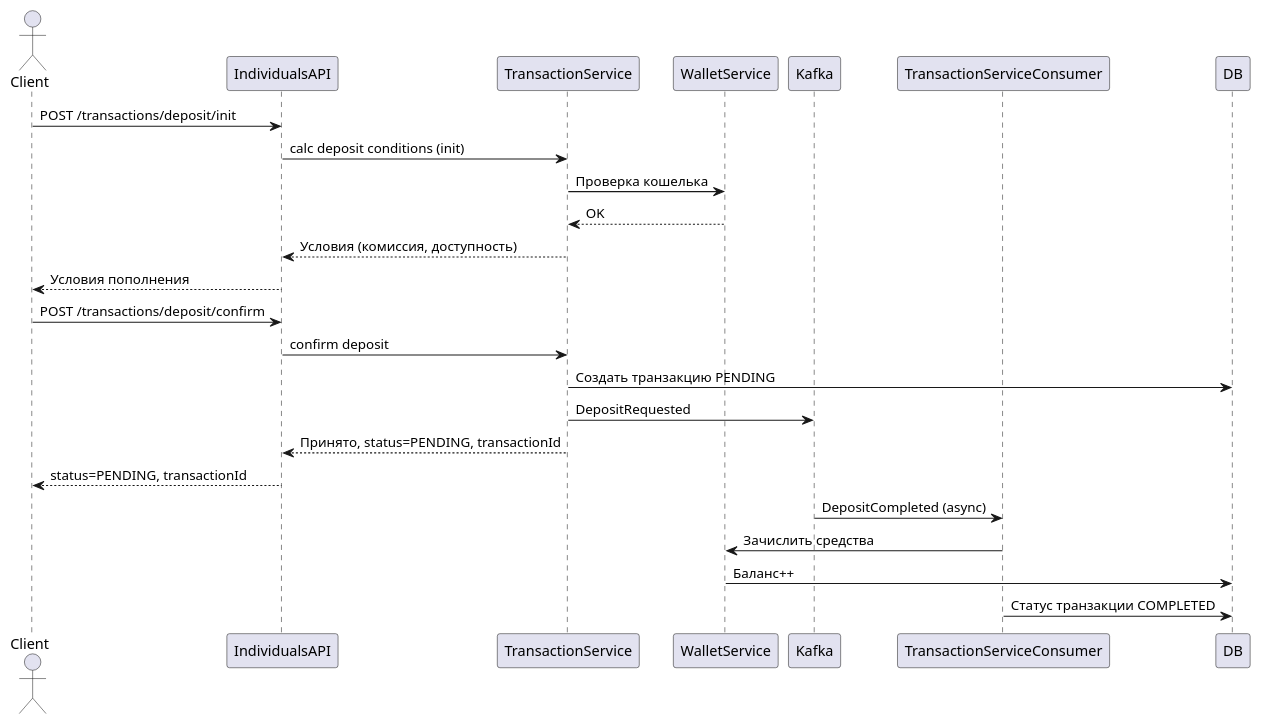
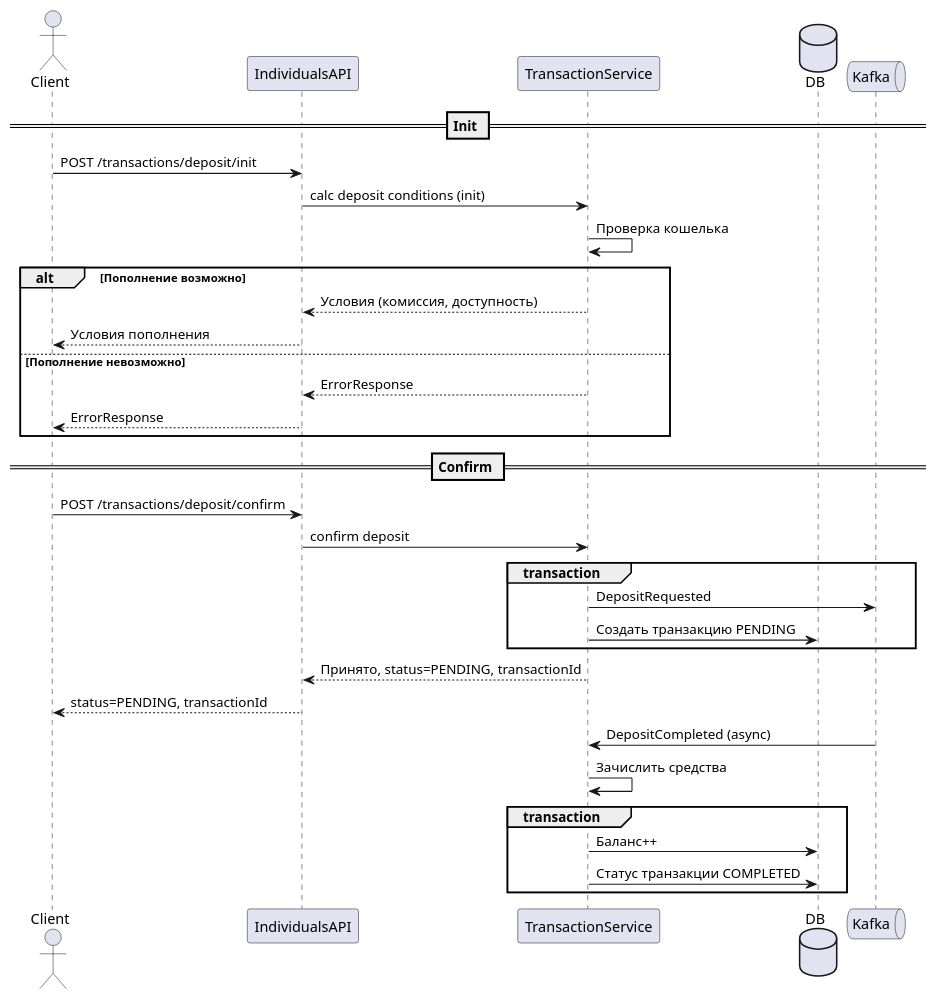
Before and after one commit to diamam90/payment-system: the diagram in diagram/deposit.puml, drawn with PlantUML. The commit also changed 5 other files, not shown here.

```diff
--- a/diagram/deposit.puml
+++ b/diagram/deposit.puml
@@ -1,27 +1,38 @@
 @startuml
 actor Client
 participant IndividualsAPI
 participant TransactionService
-participant WalletService
-participant Kafka
-participant TransactionServiceConsumer
+database DB
+queue Kafka
+
+== Init ==
 
 Client -> IndividualsAPI: POST /transactions/deposit/init
 IndividualsAPI -> TransactionService: calc deposit conditions (init)
-TransactionService -> WalletService: Проверка кошелька
-WalletService --> TransactionService: OK
-TransactionService --> IndividualsAPI: Условия (комиссия, доступность)
-IndividualsAPI --> Client: Условия пополнения
+TransactionService -> TransactionService: Проверка кошелька
+
+alt Пополнение возможно
+    TransactionService --> IndividualsAPI: Условия (комиссия, доступность)
+    IndividualsAPI --> Client: Условия пополнения
+else Пополнение невозможно
+    TransactionService --> IndividualsAPI: ErrorResponse
+    IndividualsAPI --> Client: ErrorResponse
+end
+
+== Confirm ==
 
 Client -> IndividualsAPI: POST /transactions/deposit/confirm
 IndividualsAPI -> TransactionService: confirm deposit
-TransactionService -> DB: Создать транзакцию PENDING
-TransactionService -> Kafka: DepositRequested
-TransactionService --> IndividualsAPI: Принято, status=PENDING, transactionId
+group transaction
+    TransactionService -> Kafka: DepositRequested
+    TransactionService -> DB: Создать транзакцию PENDING
+end
+  TransactionService --> IndividualsAPI: Принято, status=PENDING, transactionId
 IndividualsAPI --> Client: status=PENDING, transactionId
-
-Kafka -> TransactionServiceConsumer: DepositCompleted (async)
-TransactionServiceConsumer -> WalletService: Зачислить средства
-WalletService -> DB: Баланс++
-TransactionServiceConsumer -> DB: Статус транзакции COMPLETED
+Kafka -> TransactionService: DepositCompleted (async)
+TransactionService -> TransactionService: Зачислить средства
+group transaction
+    TransactionService -> DB: Баланс++
+    TransactionService -> DB: Статус транзакции COMPLETED
+end
 @enduml
```
